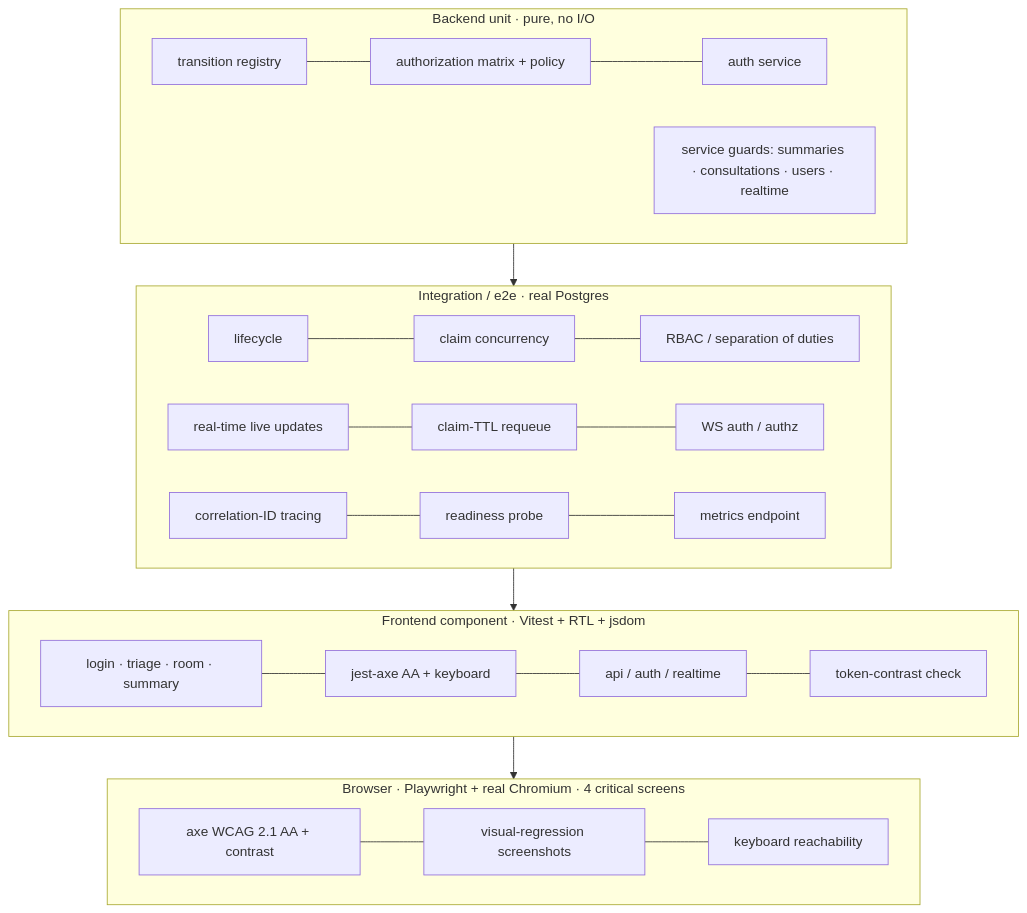
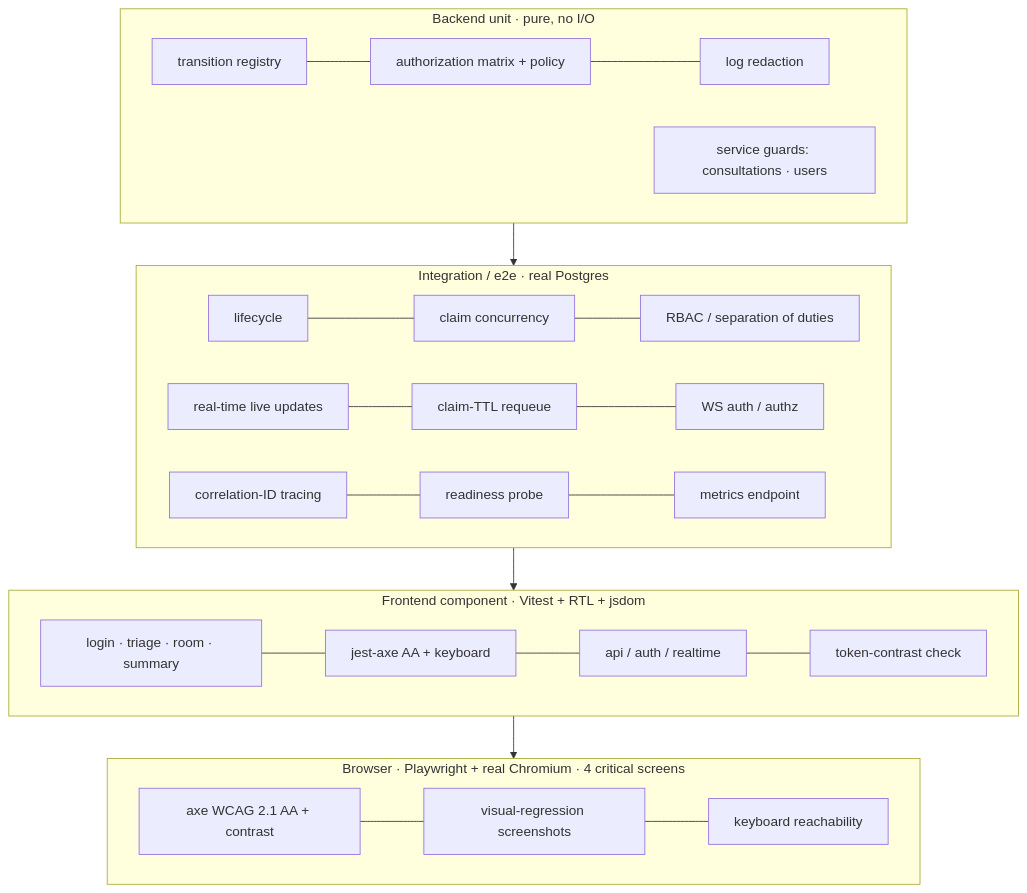
The first of 2 diagrams in docs/testing-strategy.md (akritiupreti/virtual-consultation-platform), drawn with Mermaid before and after one commit. The commit also changed other lines of this file and 10 other files, not shown here.

````diff
--- a/docs/testing-strategy.md
+++ b/docs/testing-strategy.md
@@ -14,23 +14,23 @@
 ```mermaid
 flowchart TB
     subgraph browser [Browser · Playwright + real Chromium · 4 critical screens]
         direction LR
         axe[axe WCAG 2.1 AA + contrast] --- vis[visual-regression screenshots] --- kbd[keyboard reachability]
     end
     subgraph fe [Frontend component · Vitest + RTL + jsdom]
         direction LR
         screens[login · triage · room · summary] --- jaxe[jest-axe AA + keyboard] --- libs[api / auth / realtime] --- contrast[token-contrast check]
     end
     subgraph e2e [Integration / e2e · real Postgres]
         direction LR
         life[lifecycle] --- claim[claim concurrency] --- rbac[RBAC / separation of duties]
         rt[real-time live updates] --- ttl[claim-TTL requeue] --- wsauth[WS auth / authz]
         obs[correlation-ID tracing] --- ready[readiness probe] --- metr[metrics endpoint]
     end
     subgraph unit [Backend unit · pure, no I/O]
         direction LR
-        tr[transition registry] --- mx[authorization matrix + policy] --- au[auth service]
-        svc[service guards: summaries · consultations · users · realtime]
+        tr[transition registry] --- mx[authorization matrix + policy] --- lg[log redaction]
+        svc[service guards: consultations · users]
     end
     unit --> e2e --> fe --> browser
 ```
````
